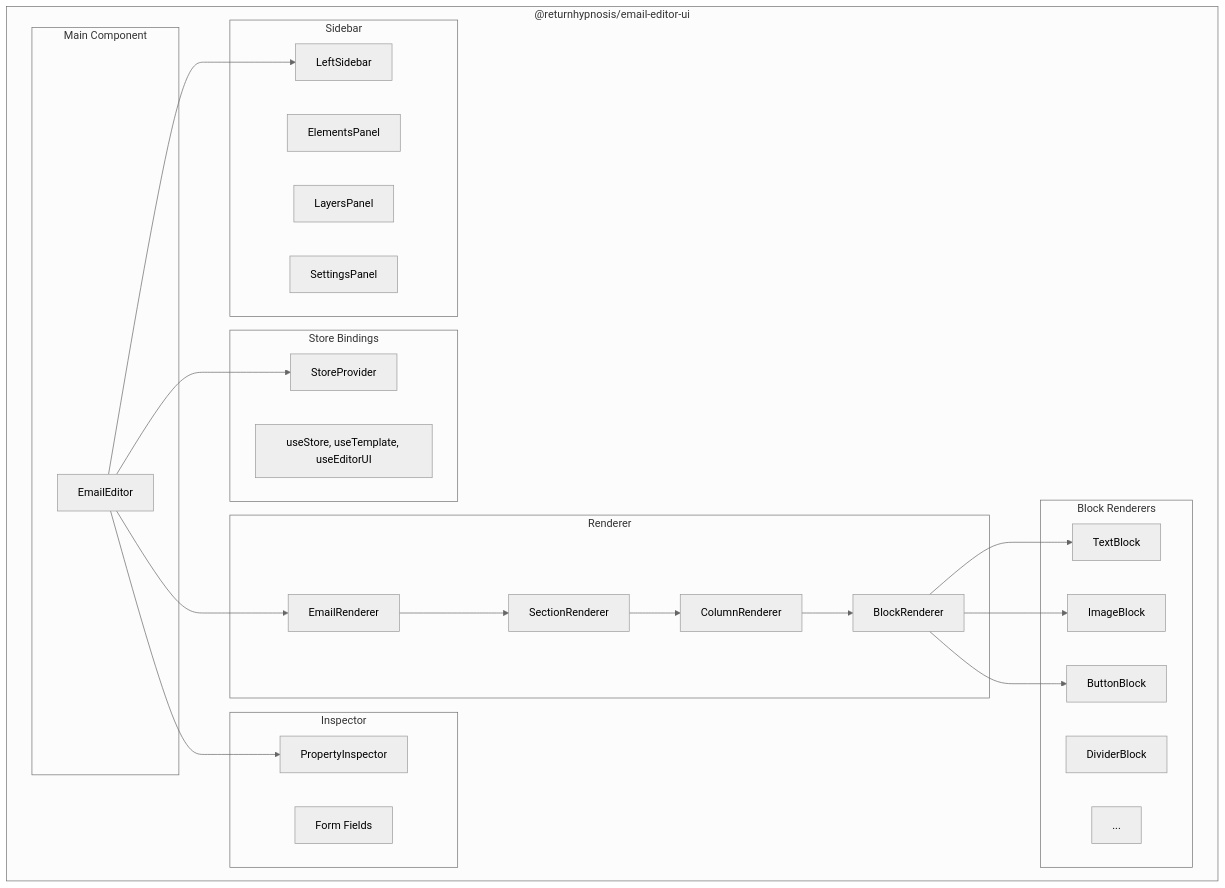
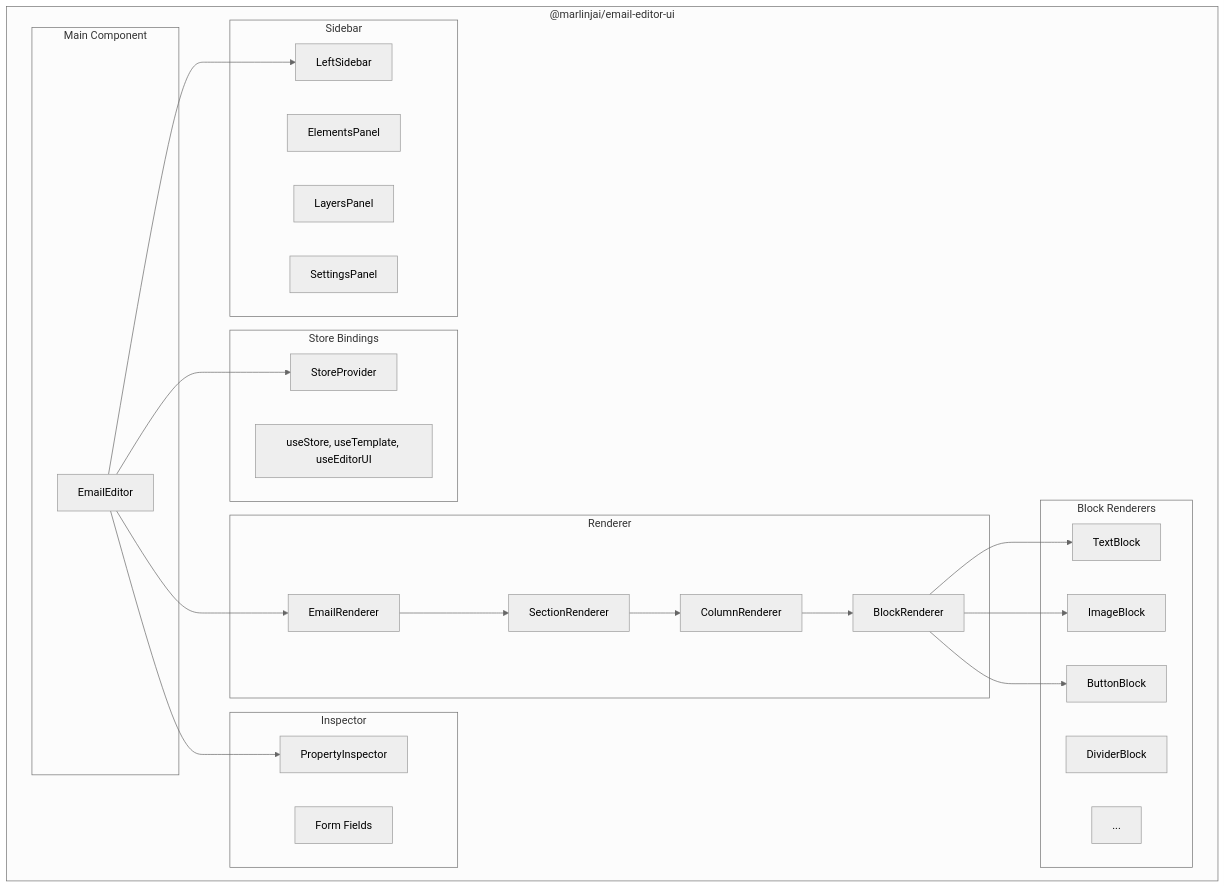
Before and after one commit to marlinjai/email-editor: the third of 7 diagrams in docs/public/architecture.md, drawn with Mermaid (neutral theme). The commit also changed other lines of this file and 71 other files, not shown here.

Commit message:
feat: rename packages from @returnhypnosis/ to @marlinjai/ scope

````diff
--- a/docs/public/architecture.md
+++ b/docs/public/architecture.md
@@ -98,52 +98,52 @@
 ```mermaid
 graph TB
-    subgraph "@returnhypnosis/email-editor-ui"
+    subgraph "@marlinjai/email-editor-ui"
         subgraph "Main Component"
             EDITOR_COMP[EmailEditor]
         end
 
         subgraph "Store Bindings"
             PROVIDER[StoreProvider]
             HOOKS[useStore, useTemplate, useEditorUI]
         end
 
         subgraph "Renderer"
             EMAIL_RENDER[EmailRenderer]
             SECTION_RENDER[SectionRenderer]
             COLUMN_RENDER[ColumnRenderer]
             BLOCK_RENDER[BlockRenderer]
         end
 
         subgraph "Block Renderers"
             TEXT[TextBlock]
             IMAGE[ImageBlock]
             BUTTON[ButtonBlock]
             DIVIDER[DividerBlock]
             MORE[...]
         end
 
         subgraph "Inspector"
             PROP_INSPECTOR[PropertyInspector]
             FIELDS[Form Fields]
         end
 
         subgraph "Sidebar"
             LEFT_SIDEBAR[LeftSidebar]
             ELEMENTS[ElementsPanel]
             LAYERS[LayersPanel]
             SETTINGS[SettingsPanel]
         end
 
         EDITOR_COMP --> PROVIDER
         EDITOR_COMP --> EMAIL_RENDER
         EDITOR_COMP --> PROP_INSPECTOR
         EDITOR_COMP --> LEFT_SIDEBAR
 
         EMAIL_RENDER --> SECTION_RENDER
         SECTION_RENDER --> COLUMN_RENDER
         COLUMN_RENDER --> BLOCK_RENDER
         BLOCK_RENDER --> TEXT
         BLOCK_RENDER --> IMAGE
         BLOCK_RENDER --> BUTTON
     end
 ```
````
